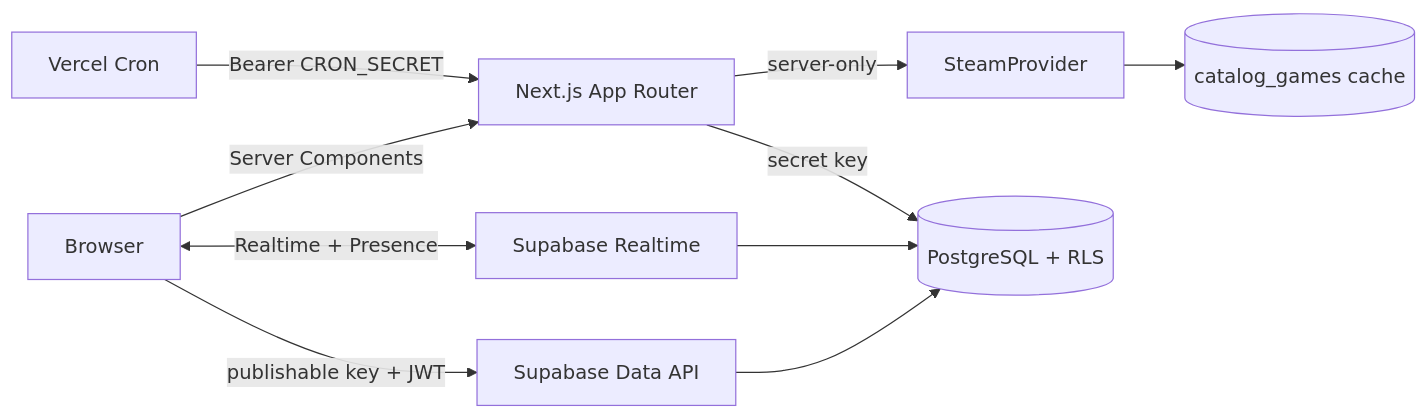
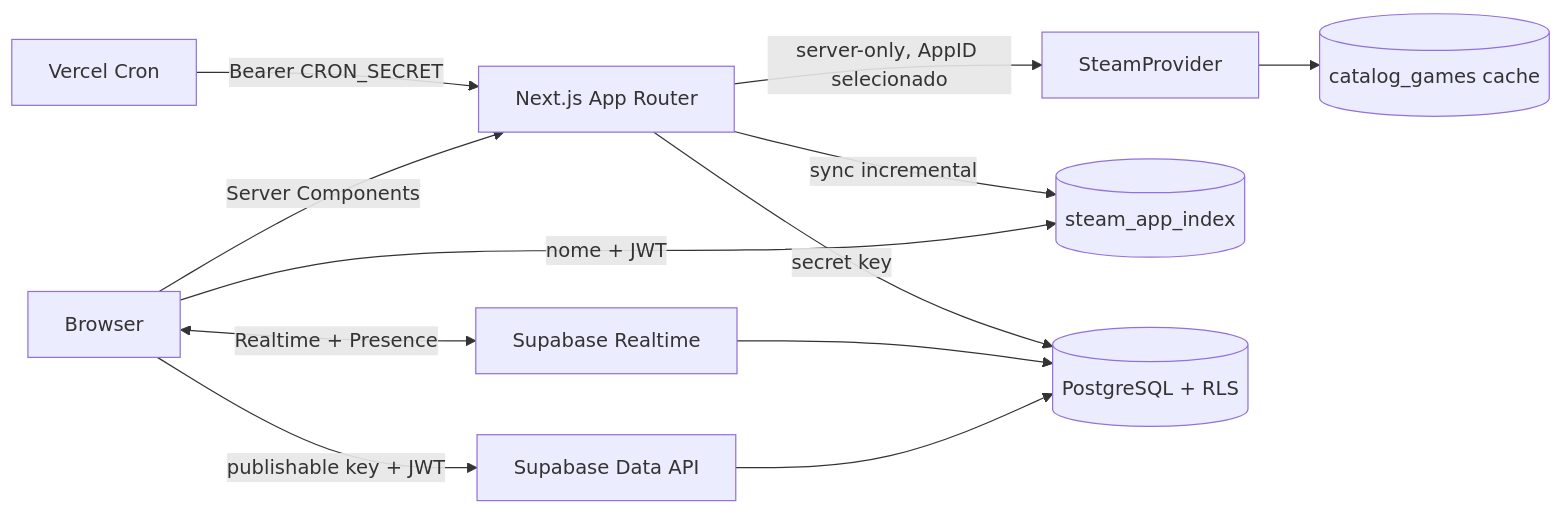
One commit to guisba/Listed changed the diagram in docs/architecture.md. Above: the diagram before and after it, drawn with Mermaid. The commit also changed other lines of this file and 31 other files, not shown here.

````diff
--- a/docs/architecture.md
+++ b/docs/architecture.md
@@ -5,12 +5,14 @@
 ```mermaid
 flowchart LR
   B[Browser] -->|Server Components| N[Next.js App Router]
   B -->|publishable key + JWT| S[Supabase Data API]
   B <-->|Realtime + Presence| R[Supabase Realtime]
-  N -->|server-only| ST[SteamProvider]
+  N -->|server-only, AppID selecionado| ST[SteamProvider]
   ST --> C[(catalog_games cache)]
+  B -->|nome + JWT| I[(steam_app_index)]
+  N -->|sync incremental| I
   S --> P[(PostgreSQL + RLS)]
   R --> P
   V[Vercel Cron] -->|Bearer CRON_SECRET| N
   N -->|secret key| P
 ```
````
